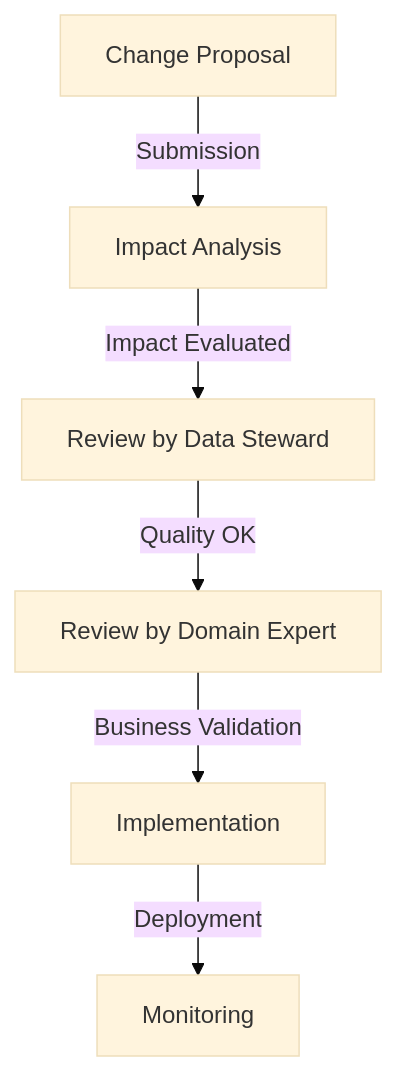
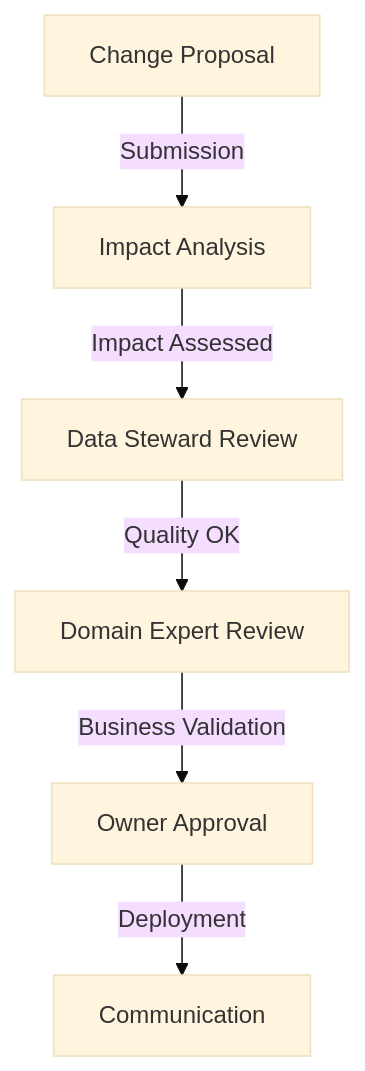
One commit to monmaya/pyb-data-contracts changed the diagram in docs/en/articles/02-structure-and-governance.md. Above: the diagram before and after it, drawn with Mermaid (base theme). The commit also changed other lines of this file and 15 other files, not shown here.

````diff
--- a/docs/en/articles/02-structure-and-governance.md
+++ b/docs/en/articles/02-structure-and-governance.md
@@ -97,8 +73,8 @@
 ```mermaid
 graph TD
     A[Change Proposal] -->|Submission| B[Impact Analysis]
-    B -->|Impact Evaluated| C[Review by Data Steward]
-    C -->|Quality OK| D[Review by Domain Expert]
-    D -->|Business Validation| E[Implementation]
-    E -->|Deployment| F[Monitoring]
+    B -->|Impact Assessed| C[Data Steward Review]
+    C -->|Quality OK| D[Domain Expert Review]
+    D -->|Business Validation| E[Owner Approval]
+    E -->|Deployment| F[Communication]
 ```
````
